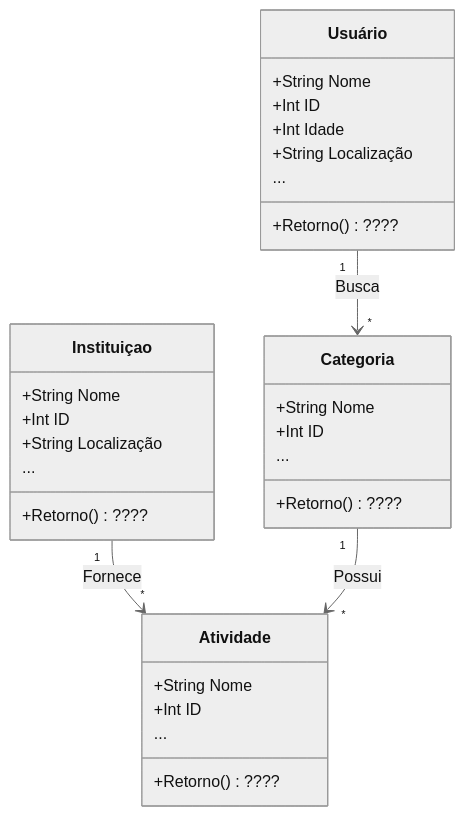
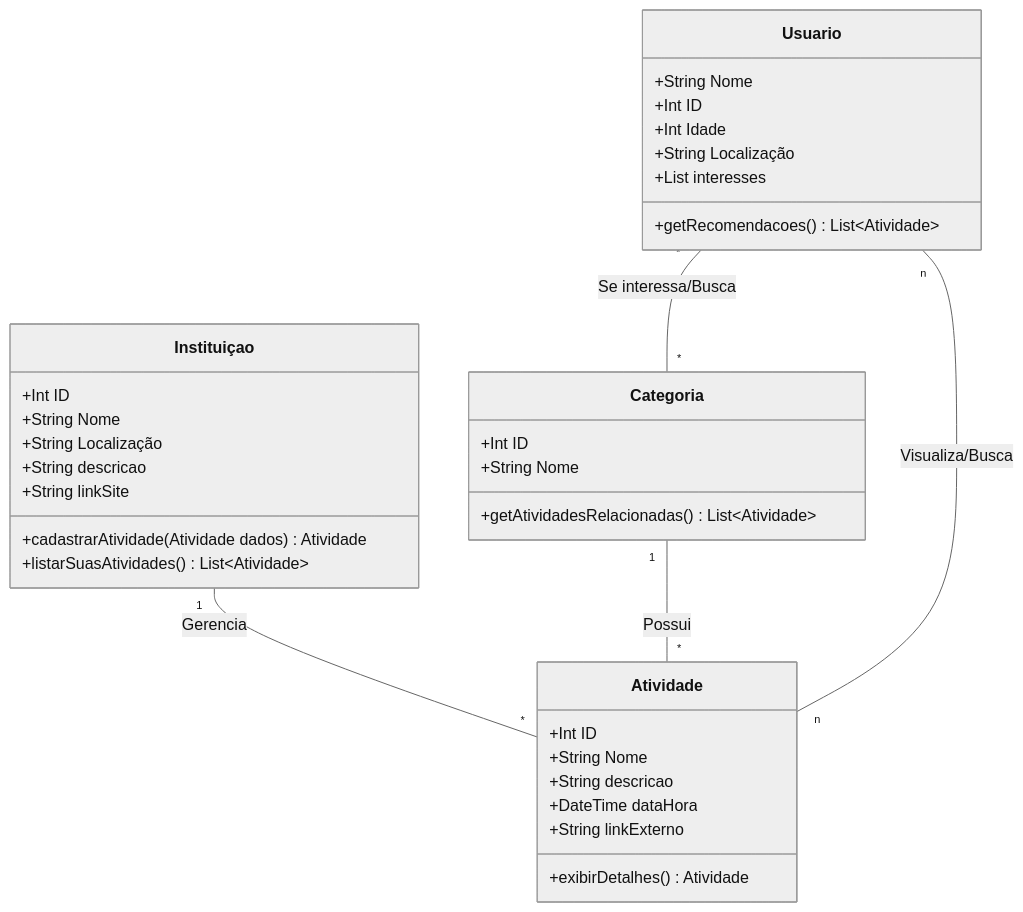
Before and after one commit to J-B-Works/Wisp: the diagram in Modelagem/Diagrama de classes de domínio.md, drawn with Mermaid (neutral theme).

Commit message:
Update Diagrama de classes de domínio.md

````diff
--- a/Modelagem/Diagrama de classes de domínio.md
+++ b/Modelagem/Diagrama de classes de domínio.md
@@ -1,36 +1,44 @@
 ```mermaid
 
 classDiagram
-  class Usuário{
+  class Usuario{
       +String Nome
       +Int ID
       +Int Idade
       +String Localização
-      ...
-      +Retorno()????
+      +List interesses
+      %%----------------------
+      +getRecomendacoes() List~Atividade~
   }
   class Instituiçao{
+      +Int ID
       +String Nome
-      +Int ID
       +String Localização
-      ...
-      +Retorno()????
+      +String descricao
+      +String linkSite
+    %%----------------------
+      +cadastrarAtividade(Atividade dados) Atividade
+      +listarSuasAtividades() List~Atividade~
   }
 class Categoria{
+      +Int ID
       +String Nome
-      +Int ID
-      ...
-      +Retorno()????
+      %%----------------------
+      +getAtividadesRelacionadas() List~Atividade~
   }
 class Atividade{
+      +Int ID
       +String Nome
-      +Int ID
-      ...
-      +Retorno()????
+      +String descricao
+      +DateTime dataHora
+      +String linkExterno
+      %%----------------------
+      +exibirDetalhes() Atividade
   }
 
-Instituiçao "1" --> "*" Atividade : Fornece
-Categoria "1" --> "*" Atividade : Possui
-Usuário "1" --> "*" Categoria : Busca
+Instituiçao "1" -- "*" Atividade : Gerencia
+Categoria "1" -- "*" Atividade : Possui
+Usuario "*" -- "*" Categoria : Se interessa/Busca
+Usuario "n" -- "n" Atividade : Visualiza/Busca
 
 ```
````
